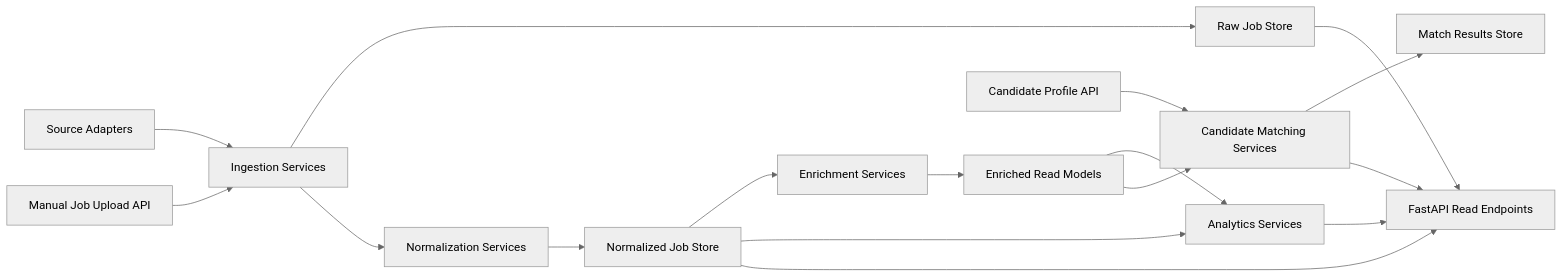
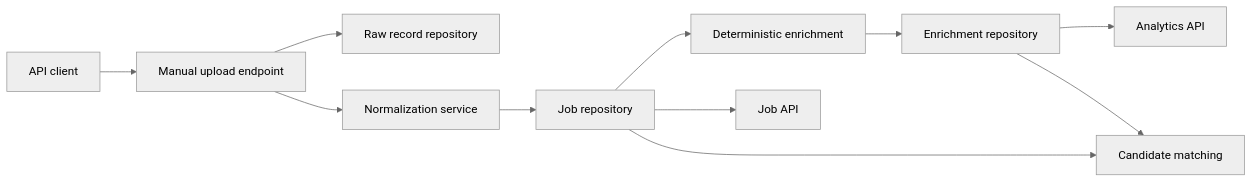
The first of 2 diagrams in docs/03-architecture.md (glaucojrcarvalho/job-market-intelligence-platform), drawn with Mermaid (neutral theme) before and after one commit. The commit also changed other lines of this file and 2 other files, not shown here.

Commit message:
docs: define multi-source architecture and roadmap

````diff
--- a/docs/03-architecture.md
+++ b/docs/03-architecture.md
@@ -93,19 +21,13 @@
 ```mermaid
 flowchart LR
-    A[Source Adapters] --> B[Ingestion Services]
-    U[Manual Job Upload API] --> B
-    B --> C[Raw Job Store]
-    B --> D[Normalization Services]
-    D --> E[Normalized Job Store]
-    E --> F[Enrichment Services]
-    F --> G[Enriched Read Models]
-    E --> H[Analytics Services]
-    G --> H
-    P[Candidate Profile API] --> I[Candidate Matching Services]
-    G --> I
-    I --> J[Match Results Store]
-    H --> K[FastAPI Read Endpoints]
-    I --> K
-    E --> K
-    C --> K
+    Client[API client] --> Upload[Manual upload endpoint]
+    Upload --> Raw[Raw record repository]
+    Upload --> Normalize[Normalization service]
+    Normalize --> Jobs[Job repository]
+    Jobs --> Enrich[Deterministic enrichment]
+    Enrich --> Enriched[Enrichment repository]
+    Jobs --> API[Job API]
+    Enriched --> Analytics[Analytics API]
+    Jobs --> Match[Candidate matching]
+    Enriched --> Match
 ```
````
